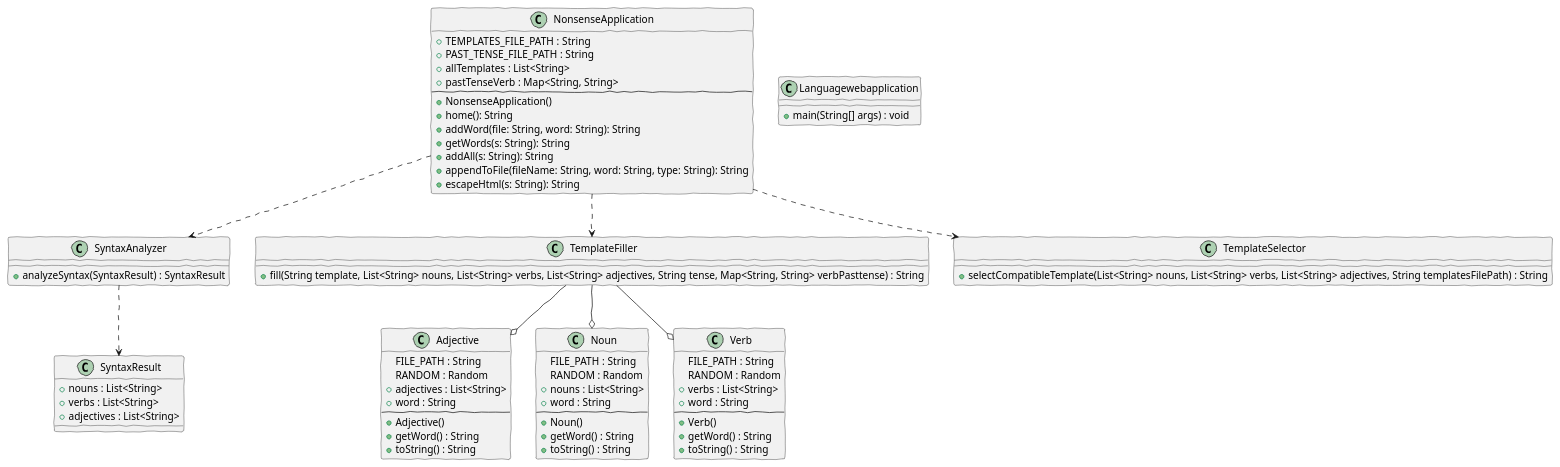
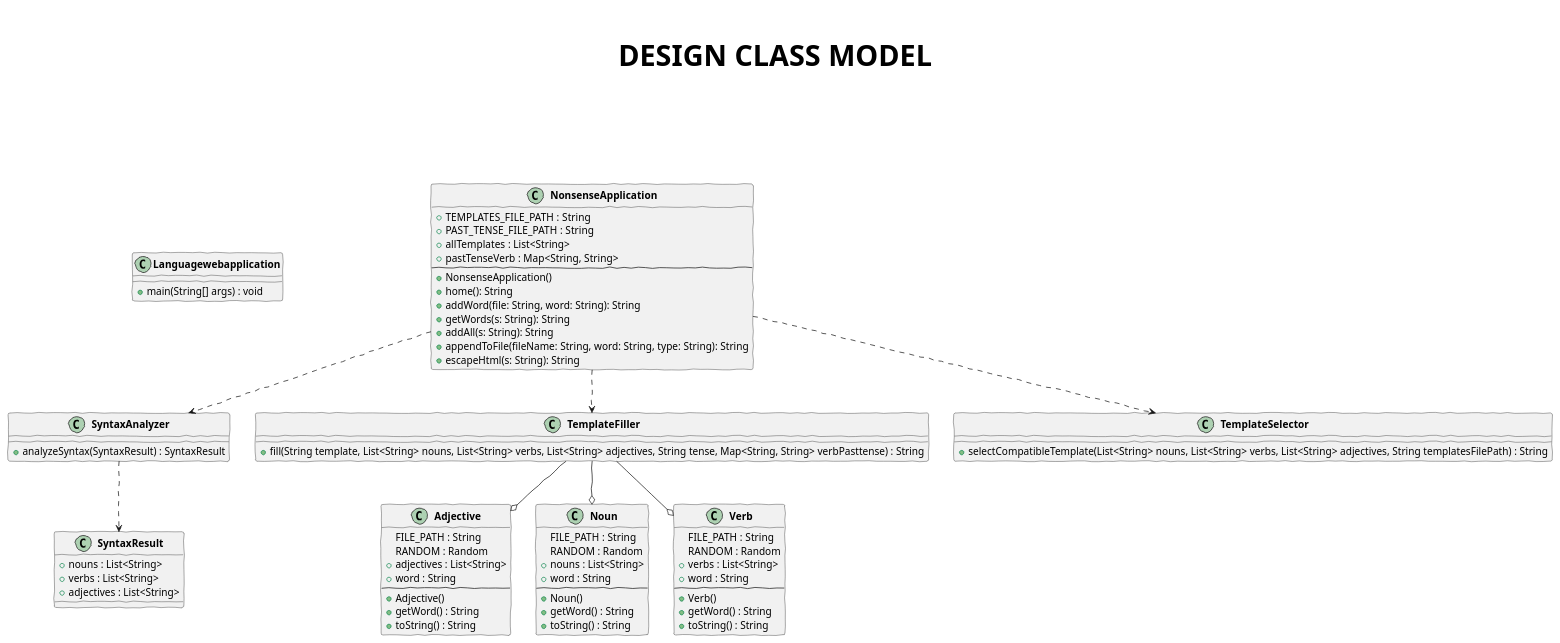
Before and after one commit to jacopodilauro/Nosense_Generator: the diagram in UML/Design class model 1fe397853de780d3ad3ac9272ade82ac.md, drawn with PlantUML.

Commit message:
Update Design class model 1fe397853de780d3ad3ac9272ade82ac.md

```diff
--- a/UML/Design class model 1fe397853de780d3ad3ac9272ade82ac.md
+++ b/UML/Design class model 1fe397853de780d3ad3ac9272ade82ac.md
@@ -3,7 +3,12 @@
 @startuml
 skinparam handwritten true
 
-class NonsenseApplication {
+
+
+together {
+title \n\n<size:40><font color=black>DESIGN CLASS MODEL\n\n\n\n\n\n\n
+
+class "**NonsenseApplication**" {
 + TEMPLATES_FILE_PATH : String
 + PAST_TENSE_FILE_PATH : String
 + allTemplates : List<String>
@@ -18,29 +23,30 @@
 + escapeHtml(s: String): String
 }
 
-class Languagewebapplication {
+class "**Languagewebapplication**" {
 + main(String[] args) : void
 }
 
-class SyntaxAnalyzer {
+
+class "**SyntaxAnalyzer**" {
 + analyzeSyntax(SyntaxResult) : SyntaxResult
 }
 
-class TemplateFiller {
+class "**TemplateFiller**" {
 + fill(String template, List<String> nouns, List<String> verbs, List<String> adjectives, String tense, Map<String, String> verbPasttense) : String
 }
 
-class TemplateSelector {
+class "**TemplateSelector**" {
 + selectCompatibleTemplate(List<String> nouns, List<String> verbs, List<String> adjectives, String templatesFilePath) : String
 }
 
-class SyntaxResult {
+class "**SyntaxResult**" {
 + nouns : List<String>
 + verbs : List<String>
 + adjectives : List<String>
 }
 
-class Adjective {
+class "**Adjective**" {
 FILE_PATH : String
 RANDOM : Random
 + adjectives : List<String>
@@ -51,7 +57,7 @@
 + toString() : String
 }
 
-class Noun {
+class "**Noun**" {
 FILE_PATH : String
 RANDOM : Random
 + nouns : List<String>
@@ -62,7 +68,7 @@
 + toString() : String
 }
 
-class Verb {
+class "**Verb**" {
 FILE_PATH : String
 RANDOM : Random
 + verbs : List<String>
@@ -73,14 +79,14 @@
 + toString() : String
 }
 
-NonsenseApplication .down.> SyntaxAnalyzer
-NonsenseApplication .down.> TemplateFiller
-NonsenseApplication .down.> TemplateSelector
+"**NonsenseApplication**" .down.> "**SyntaxAnalyzer**"
+"**NonsenseApplication**" .down.> "**TemplateFiller**"
+"**NonsenseApplication**" .down.> "**TemplateSelector**"
 
-SyntaxAnalyzer .down.> SyntaxResult
+"**SyntaxAnalyzer**" .down.> "**SyntaxResult**"
 
-TemplateFiller --o Adjective
-TemplateFiller --o Noun
-TemplateFiller --o Verb
+"**TemplateFiller**" --o "**Adjective**"
+"**TemplateFiller**" --o "**Noun**"
+"**TemplateFiller**" --o "**Verb**"
 
 @enduml
```
